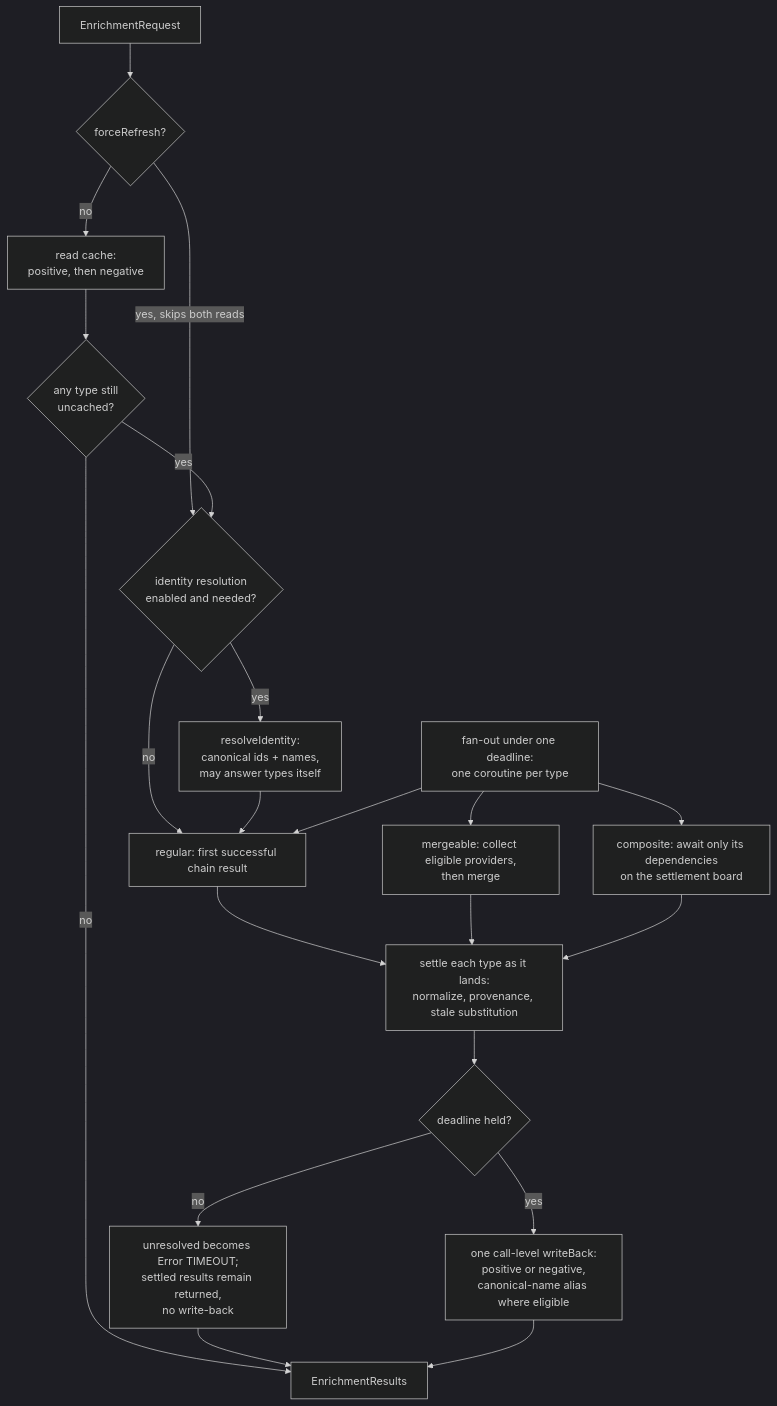
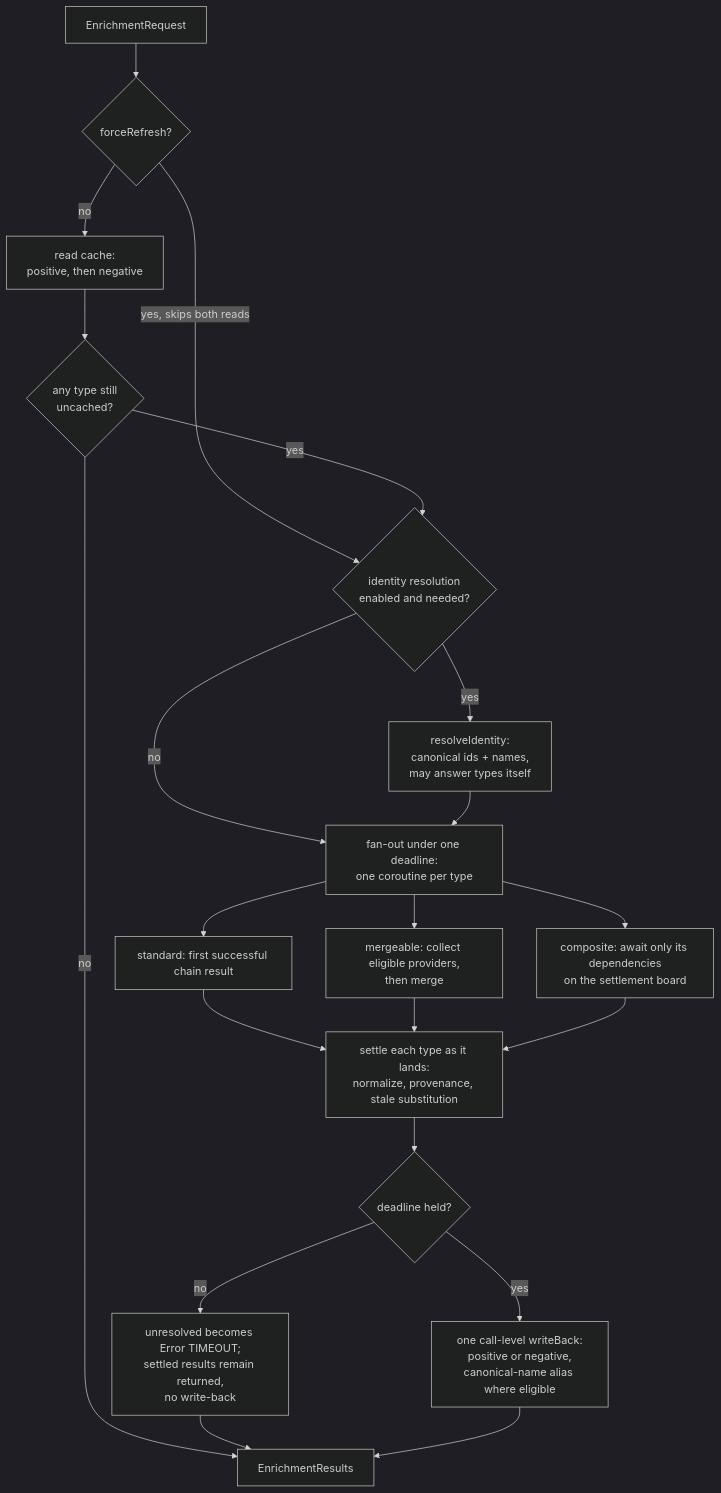
The second of 3 diagrams in ARCHITECTURE.md (famesjranko/musicmeta), drawn with Mermaid (dark theme) before and after one commit. The commit also changed 3 other files, not shown here.

````diff
--- a/ARCHITECTURE.md
+++ b/ARCHITECTURE.md
@@ -98,28 +98,28 @@
 ```mermaid
 flowchart TD
     req["EnrichmentRequest"] --> force{"forceRefresh?"}
     force -->|"yes, skips both reads"| ident
     force -->|no| cacheread["read cache:<br/>positive, then negative"]
     cacheread --> anyleft{"any type still<br/>uncached?"}
     anyleft -->|no| results
     anyleft -->|yes| ident{"identity resolution<br/>enabled and needed?"}
-    ident -->|no| regular
+    ident -->|no| fanout
     ident -->|yes| resolve["resolveIdentity:<br/>canonical ids + names,<br/>may answer types itself"]
-    resolve --> regular
+    resolve --> fanout
 
     fanout["fan-out under one deadline:<br/>one coroutine per type"]
-    regular["regular: first successful chain result"]
+    regular["standard: first successful chain result"]
     mergeable["mergeable: collect eligible providers,<br/>then merge"]
     composite["composite: await only its dependencies<br/>on the settlement board"]
     fanout --> regular
     fanout --> mergeable
     fanout --> composite
     regular --> settle["settle each type as it lands:<br/>normalize, provenance, stale substitution"]
     mergeable --> settle
     composite --> settle
     settle --> deadline{"deadline held?"}
     deadline -->|"no"| timedout["unresolved becomes Error TIMEOUT;<br/>settled results remain returned,<br/>no write-back"]
     deadline -->|yes| writeback["one call-level writeBack:<br/>positive or negative,<br/>canonical-name alias where eligible"]
     timedout --> results
     writeback --> results["EnrichmentResults"]
 ```
````
